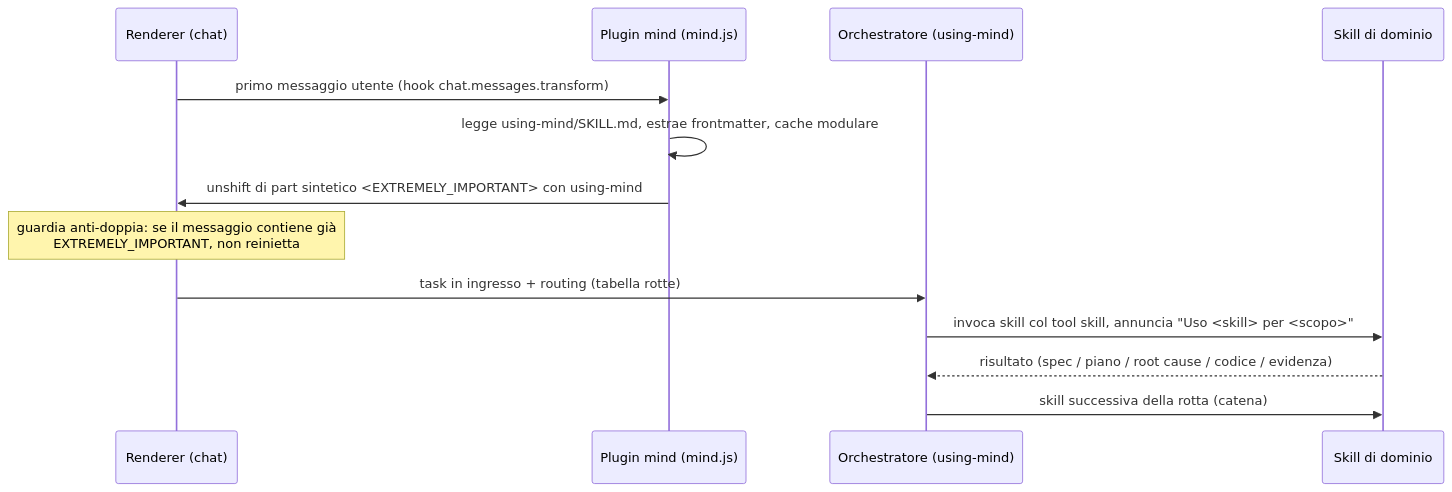
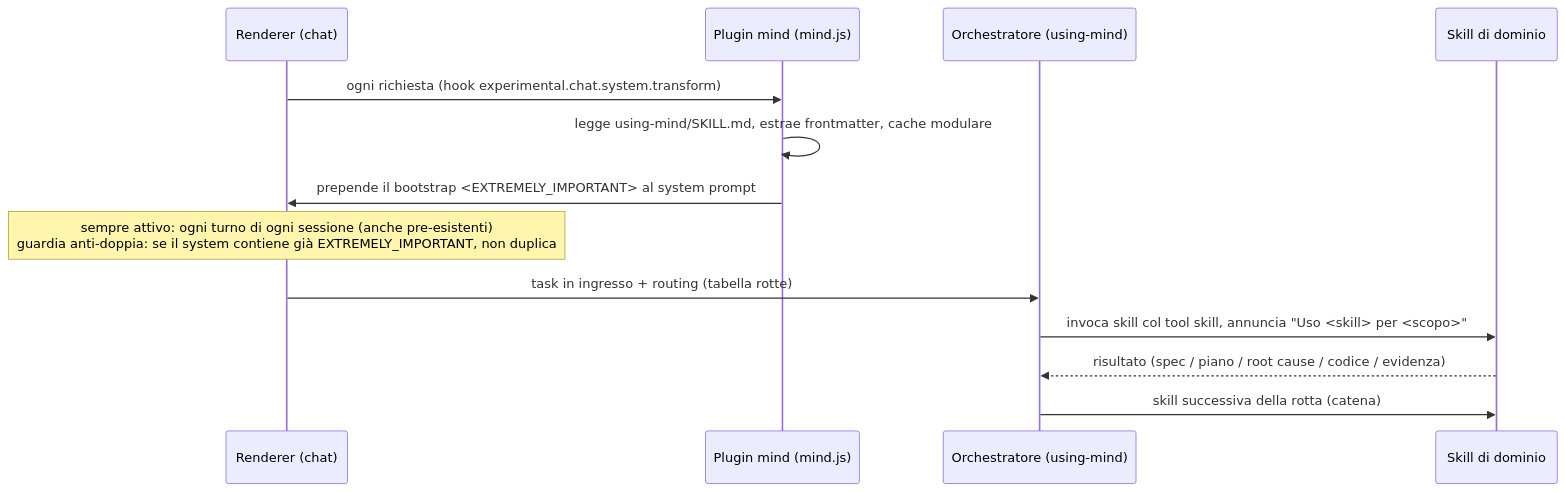
Before and after one commit to Kyriga-CGX/OpenCode-Skill-memory: the second of 5 diagrams in README.md, drawn with Mermaid. The commit also changed other lines of this file and 2 other files, not shown here.

Commit message:
mind plugin: inject bootstrap via system.transform (always active every turn, all sessions)

````diff
--- a/README.md
+++ b/README.md
@@ -53,16 +53,16 @@
 ```mermaid
 sequenceDiagram
     participant R as Renderer (chat)
     participant P as Plugin mind (mind.js)
     participant O as Orchestratore (using-mind)
     participant S as Skill di dominio
 
-    R->>P: primo messaggio utente (hook chat.messages.transform)
+    R->>P: ogni richiesta (hook experimental.chat.system.transform)
     P->>P: legge using-mind/SKILL.md, estrae frontmatter, cache modulare
-    P->>R: unshift di part sintetico <EXTREMELY_IMPORTANT> con using-mind
-    Note over R: guardia anti-doppia: se il messaggio contiene già<br/>EXTREMELY_IMPORTANT, non reinietta
+    P->>R: prepende il bootstrap <EXTREMELY_IMPORTANT> al system prompt
+    Note over R: sempre attivo: ogni turno di ogni sessione (anche pre-esistenti)<br/>guardia anti-doppia: se il system contiene già EXTREMELY_IMPORTANT, non duplica
     R->>O: task in ingresso + routing (tabella rotte)
     O->>S: invoca skill col tool skill, annuncia "Uso <skill> per <scopo>"
     S-->>O: risultato (spec / piano / root cause / codice / evidenza)
     O->>S: skill successiva della rotta (catena)
 ```
````
